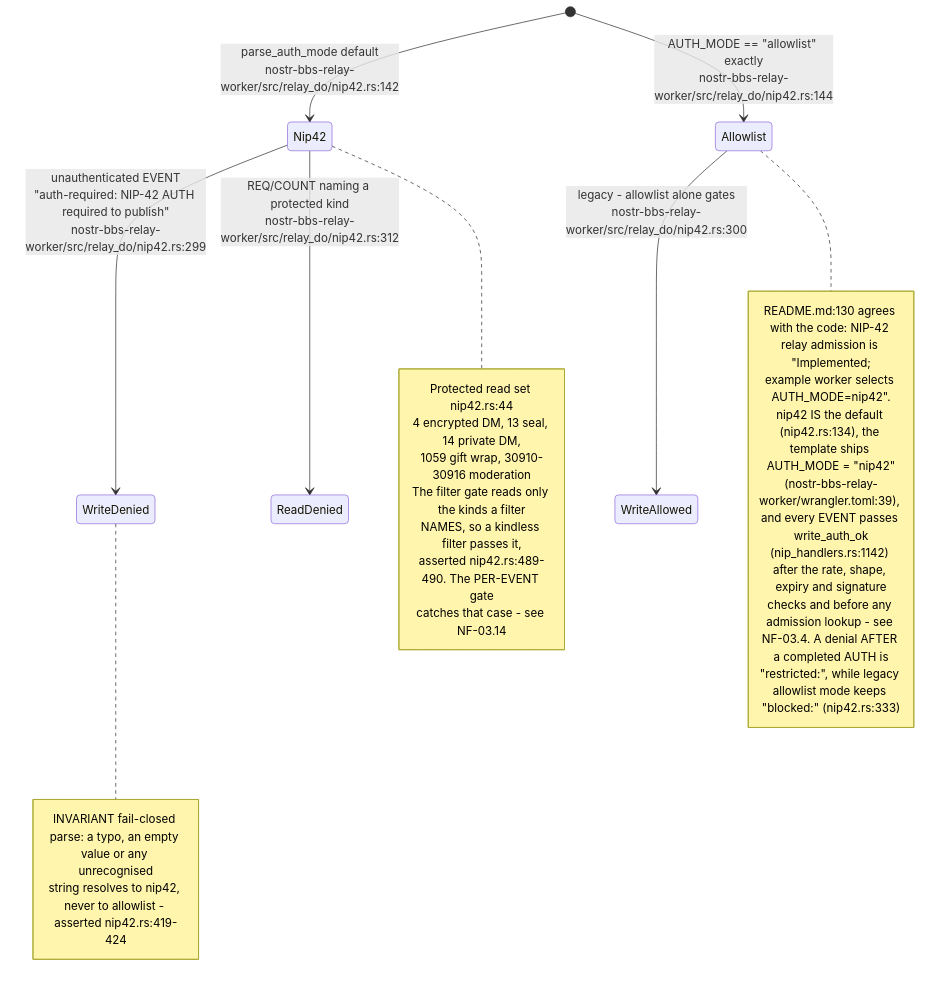
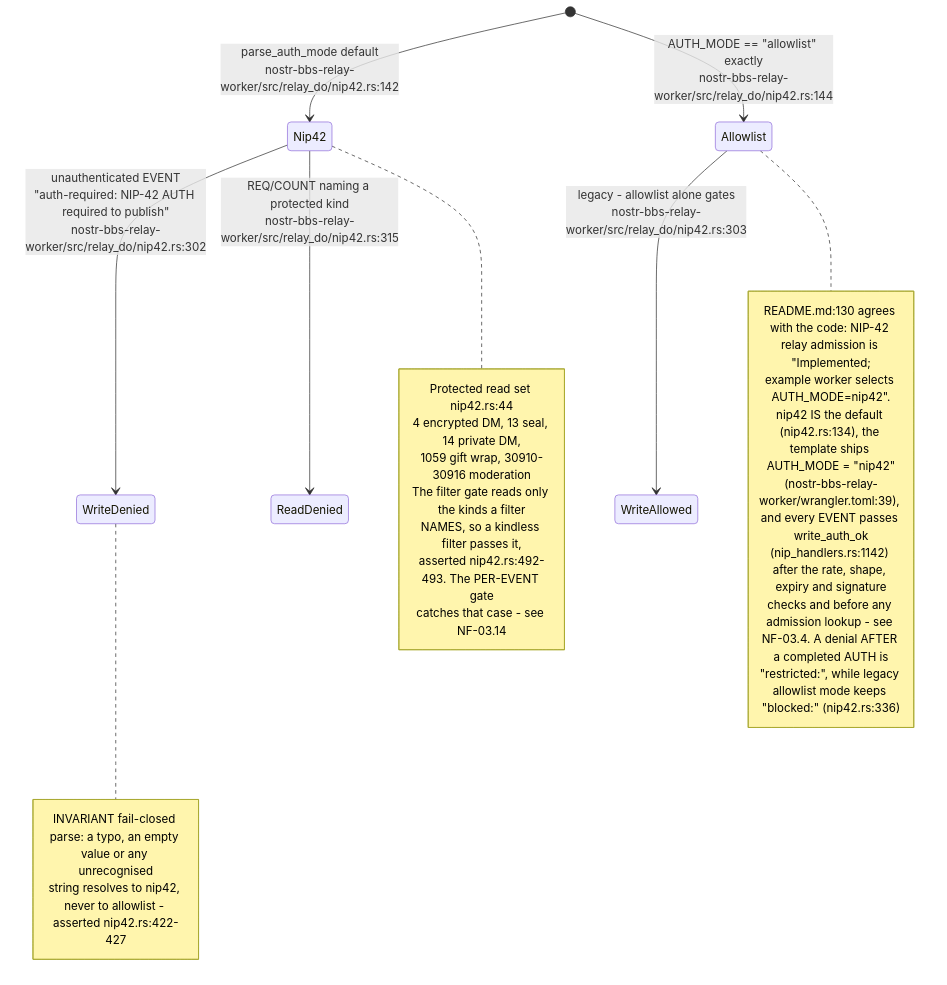
Before and after one commit to DreamLab-AI/VisionFlow: the third of 16 diagrams in docs/diagrams/nostr-rust-forum/03-relay-worker-admission-auth-and-trust.md, drawn with Mermaid. The commit also changed other lines of this file and 11 other files, not shown here.

````diff
--- a/docs/diagrams/nostr-rust-forum/03-relay-worker-admission-auth-and-trust.md
+++ b/docs/diagrams/nostr-rust-forum/03-relay-worker-admission-auth-and-trust.md
@@ -84,31 +84,31 @@
 ```mermaid
 stateDiagram-v2
     [*] --> Nip42: parse_auth_mode default<br/>nostr-bbs-relay-worker/src/relay_do/nip42.rs:142
     [*] --> Allowlist: AUTH_MODE == "allowlist" exactly<br/>nostr-bbs-relay-worker/src/relay_do/nip42.rs:144
-    Nip42 --> WriteDenied: unauthenticated EVENT<br/>"auth-required: NIP-42 AUTH required to publish"<br/>nostr-bbs-relay-worker/src/relay_do/nip42.rs:299
-    Nip42 --> ReadDenied: REQ/COUNT naming a protected kind<br/>nostr-bbs-relay-worker/src/relay_do/nip42.rs:312
-    Allowlist --> WriteAllowed: legacy - allowlist alone gates<br/>nostr-bbs-relay-worker/src/relay_do/nip42.rs:300
+    Nip42 --> WriteDenied: unauthenticated EVENT<br/>"auth-required: NIP-42 AUTH required to publish"<br/>nostr-bbs-relay-worker/src/relay_do/nip42.rs:302
+    Nip42 --> ReadDenied: REQ/COUNT naming a protected kind<br/>nostr-bbs-relay-worker/src/relay_do/nip42.rs:315
+    Allowlist --> WriteAllowed: legacy - allowlist alone gates<br/>nostr-bbs-relay-worker/src/relay_do/nip42.rs:303
 
     note right of Nip42
         Protected read set nip42.rs:44
         4 encrypted DM, 13 seal, 14 private DM,
         1059 gift wrap, 30910-30916 moderation
         The filter gate reads only the kinds a filter
         NAMES, so a kindless filter passes it,
-        asserted nip42.rs:489-490. The PER-EVENT gate
+        asserted nip42.rs:492-493. The PER-EVENT gate
         catches that case - see NF-03.14
     end note
     note right of Allowlist
         README.md:130 agrees with the code: NIP-42 relay admission is "Implemented;
         example worker selects AUTH_MODE=nip42".
         nip42 IS the default (nip42.rs:134), the template ships AUTH_MODE = "nip42"
         (nostr-bbs-relay-worker/wrangler.toml:39), and every EVENT passes write_auth_ok
         (nip_handlers.rs:1142) after the rate, shape, expiry and signature
         checks and before any admission lookup - see NF-03.4. A denial AFTER a completed AUTH is
-        "restricted:", while legacy allowlist mode keeps "blocked:" (nip42.rs:333)
+        "restricted:", while legacy allowlist mode keeps "blocked:" (nip42.rs:336)
     end note
     note right of WriteDenied
         INVARIANT fail-closed parse: a typo, an empty value or any unrecognised
-        string resolves to nip42, never to allowlist - asserted nip42.rs:419-424
+        string resolves to nip42, never to allowlist - asserted nip42.rs:422-427
     end note
 ```
````
